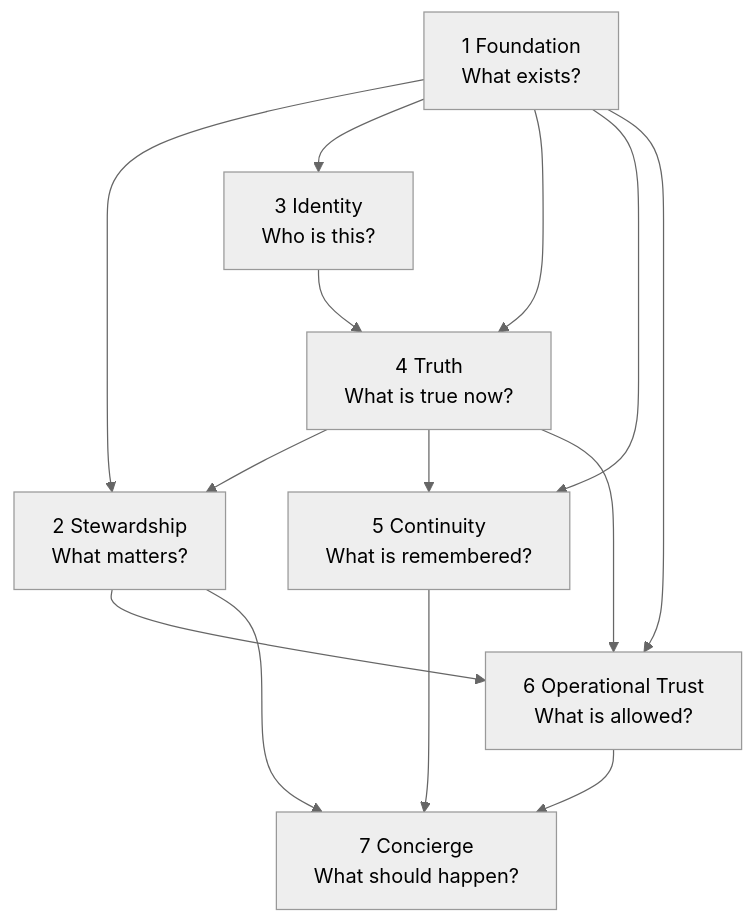
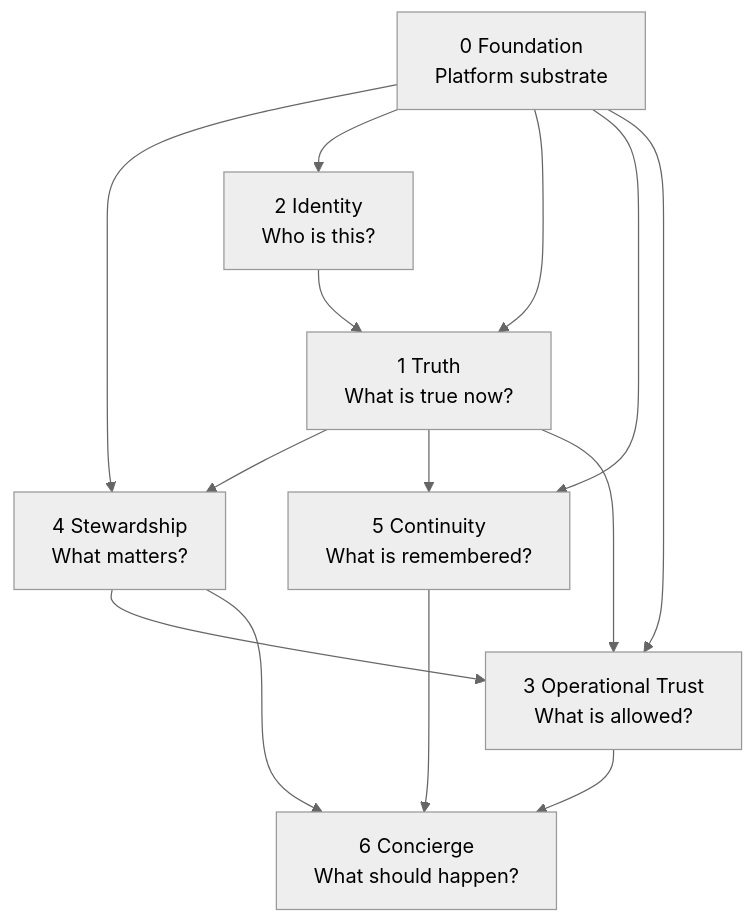
Before and after one commit to Homes-That-Behave-Well-LLC/homes_that_behave_well: the diagram in README.md, drawn with Mermaid (neutral theme). The commit also changed other lines of this file and 27 other files, not shown here.

````diff
--- a/README.md
+++ b/README.md
@@ -134,24 +154,24 @@
 ```mermaid
 flowchart TD
-    F["1 Foundation<br/>What exists?"]
-    S["2 Stewardship<br/>What matters?"]
-    I["3 Identity<br/>Who is this?"]
-    T["4 Truth<br/>What is true now?"]
+    F["0 Foundation<br/>Platform substrate"]
+    S["4 Stewardship<br/>What matters?"]
+    I["2 Identity<br/>Who is this?"]
+    T["1 Truth<br/>What is true now?"]
     K["5 Continuity<br/>What is remembered?"]
-    O["6 Operational Trust<br/>What is allowed?"]
-    C["7 Concierge<br/>What should happen?"]
+    O["3 Operational Trust<br/>What is allowed?"]
+    C["6 Concierge<br/>What should happen?"]
 
     F --> S
     F --> I
     F --> T
     F --> K
     F --> O
     I --> T
     T --> S
     T --> K
     T --> O
     S --> O
     S --> C
     K --> C
     O --> C
 ```
````
